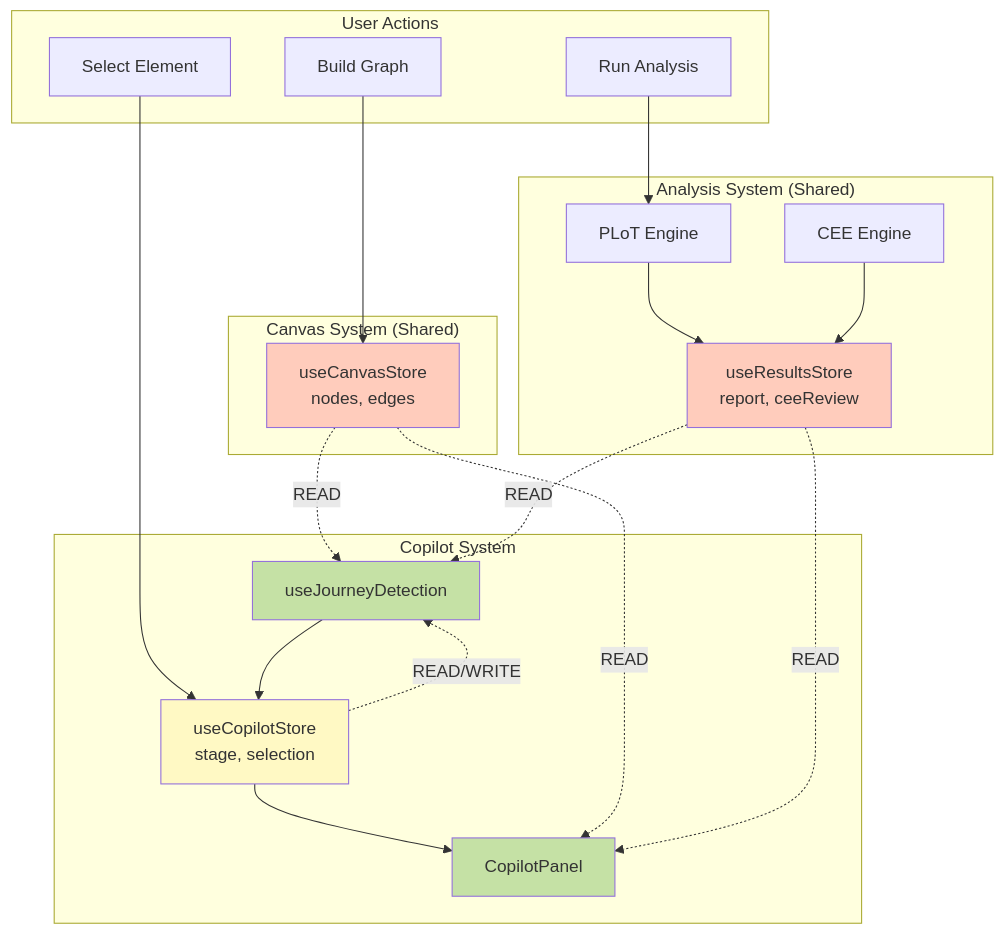
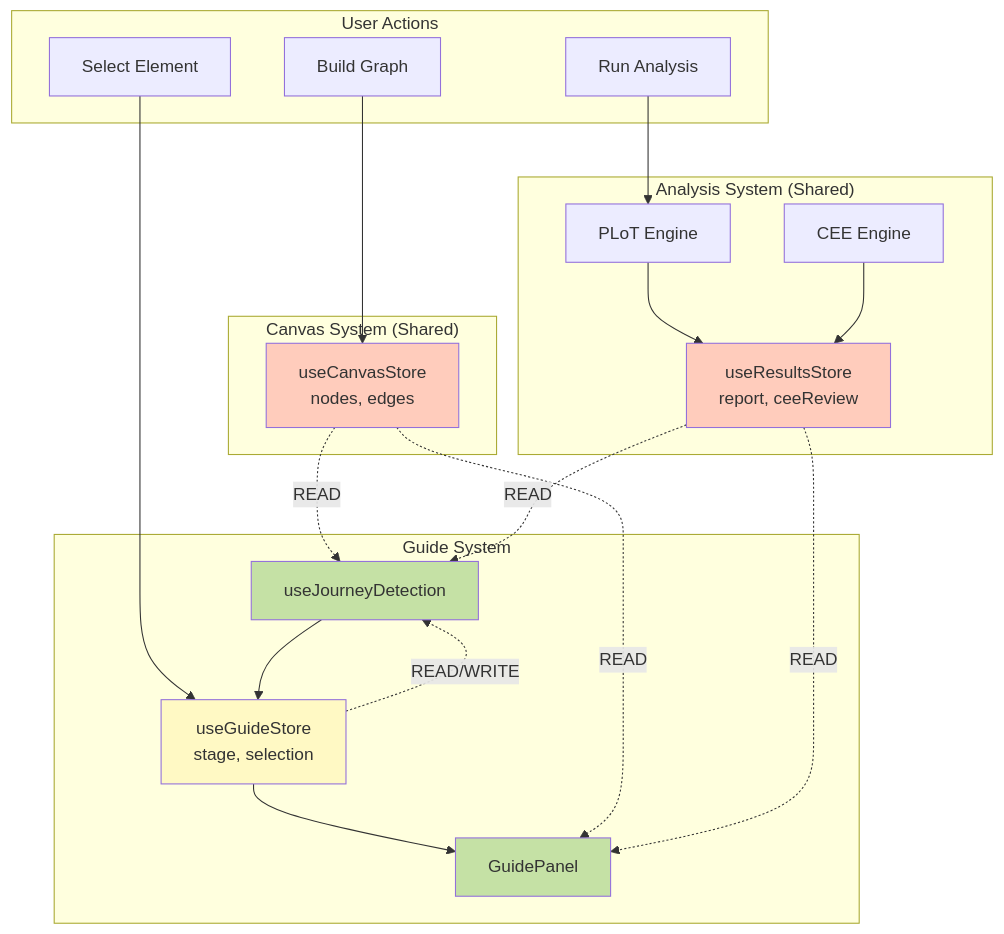
The tenth of 11 diagrams in src/pages/sandbox-guide/ARCHITECTURE.md (Talchain/DecisionGuideAI), drawn with Mermaid before and after one commit. The commit also changed other lines of this file and 32 other files, not shown here.

First line of the commit message:
refactor(guide): update all file contents from Copilot to Guide

````diff
--- a/src/pages/sandbox-guide/ARCHITECTURE.md
+++ b/src/pages/sandbox-guide/ARCHITECTURE.md
@@ -515,45 +515,45 @@
 ```mermaid
 graph TD
     subgraph "User Actions"
         UA1[Build Graph]
         UA2[Run Analysis]
         UA3[Select Element]
     end
 
     subgraph "Canvas System (Shared)"
         CanvasStore[useCanvasStore<br/>nodes, edges]
     end
 
     subgraph "Analysis System (Shared)"
         PLoT[PLoT Engine]
         CEE[CEE Engine]
         ResultsStore[useResultsStore<br/>report, ceeReview]
     end
 
-    subgraph "Copilot System"
+    subgraph "Guide System"
         Detection[useJourneyDetection]
-        CopilotStore[useCopilotStore<br/>stage, selection]
-        Panel[CopilotPanel]
+        GuideStore[useGuideStore<br/>stage, selection]
+        Panel[GuidePanel]
     end
 
     UA1 --> CanvasStore
     UA2 --> PLoT
-    UA3 --> CopilotStore
+    UA3 --> GuideStore
 
     CanvasStore -.READ.-> Detection
     PLoT --> ResultsStore
     CEE --> ResultsStore
     ResultsStore -.READ.-> Detection
-    CopilotStore -.READ/WRITE.-> Detection
+    GuideStore -.READ/WRITE.-> Detection
 
-    Detection --> CopilotStore
-    CopilotStore --> Panel
+    Detection --> GuideStore
+    GuideStore --> Panel
     CanvasStore -.READ.-> Panel
     ResultsStore -.READ.-> Panel
 
     style CanvasStore fill:#ffccbc
     style ResultsStore fill:#ffccbc
-    style CopilotStore fill:#fff9c4
+    style GuideStore fill:#fff9c4
     style Detection fill:#c5e1a5
     style Panel fill:#c5e1a5
 ```
````
